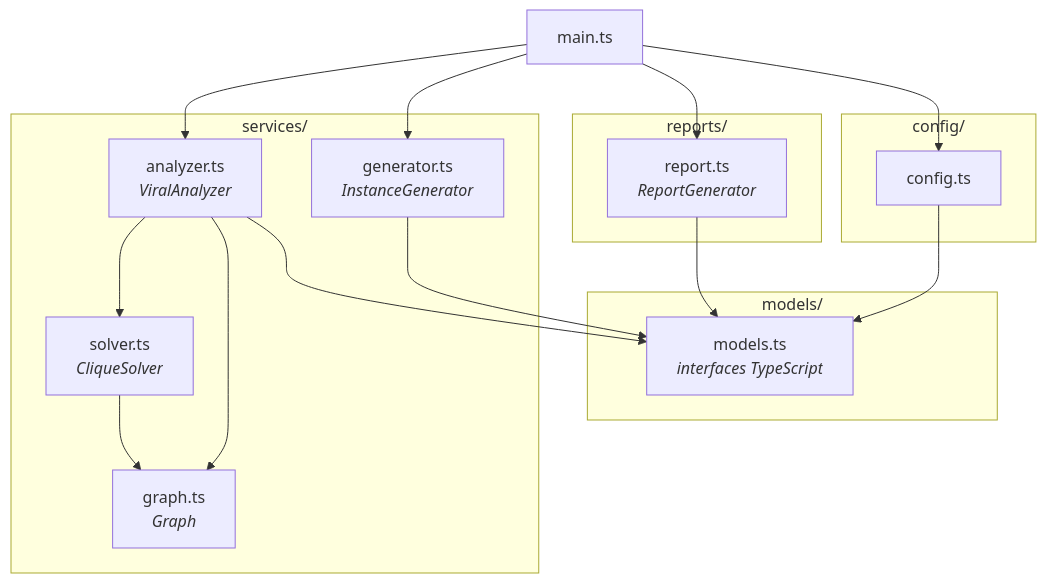
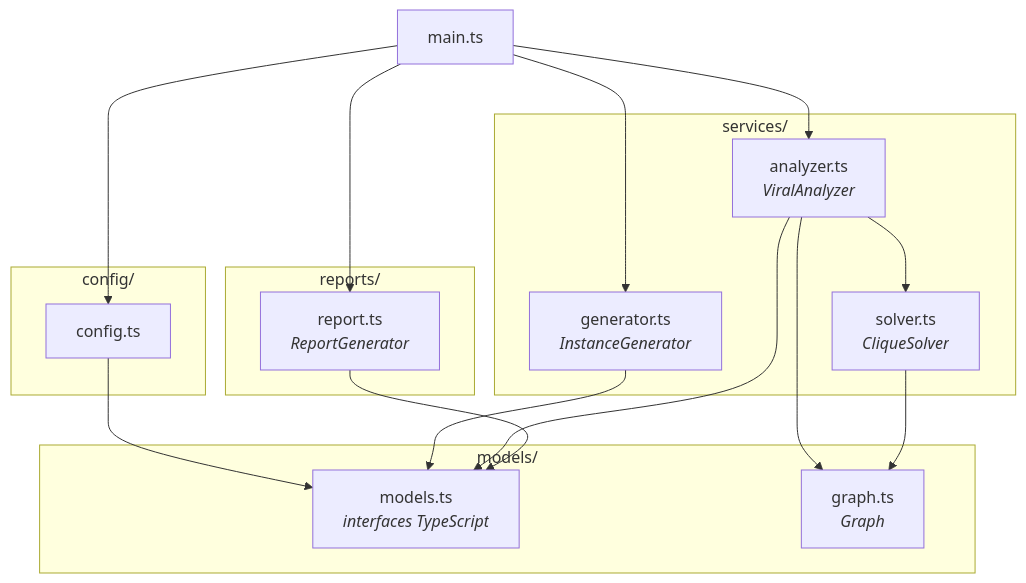
The second of 3 diagrams in README.md (pumba-dev/click-problem), drawn with Mermaid before and after one commit. The commit also changed other lines of this file and 4 other files, not shown here.

````diff
--- a/README.md
+++ b/README.md
@@ -68,36 +68,36 @@
 ```mermaid
 graph TD
     main["main.ts"]
 
     subgraph config["config/"]
         cfg["config.ts"]
     end
 
     subgraph models["models/"]
         mdl["models.ts<br/><i>interfaces TypeScript</i>"]
+        gph["graph.ts<br/><i>Graph</i>"]
     end
 
     subgraph services["services/"]
         gen["generator.ts<br/><i>InstanceGenerator</i>"]
         ana["analyzer.ts<br/><i>ViralAnalyzer</i>"]
         slv["solver.ts<br/><i>CliqueSolver</i>"]
-        gph["graph.ts<br/><i>Graph</i>"]
     end
 
     subgraph reports["reports/"]
         rep["report.ts<br/><i>ReportGenerator</i>"]
     end
 
     main --> cfg
     main --> gen
     main --> ana
     main --> rep
 
     cfg --> mdl
     gen --> mdl
     ana --> mdl
     ana --> slv
     ana --> gph
     slv --> gph
     rep --> mdl
 ```
````
